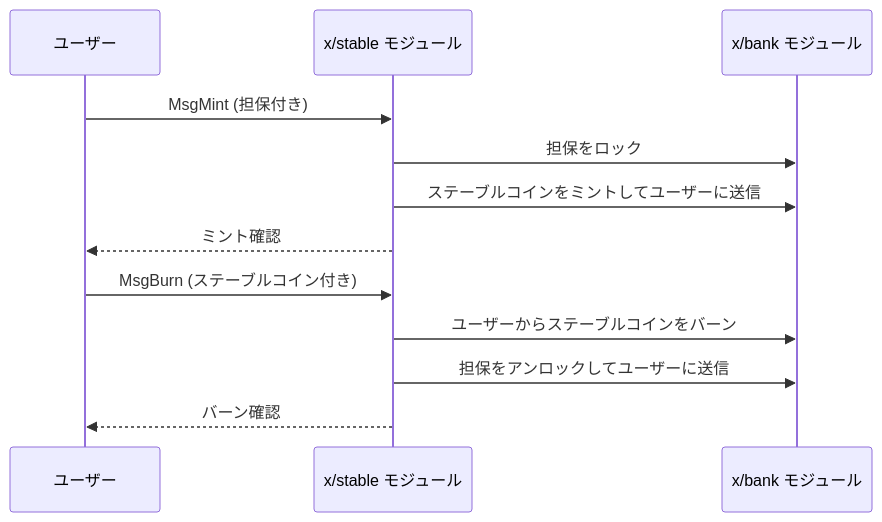
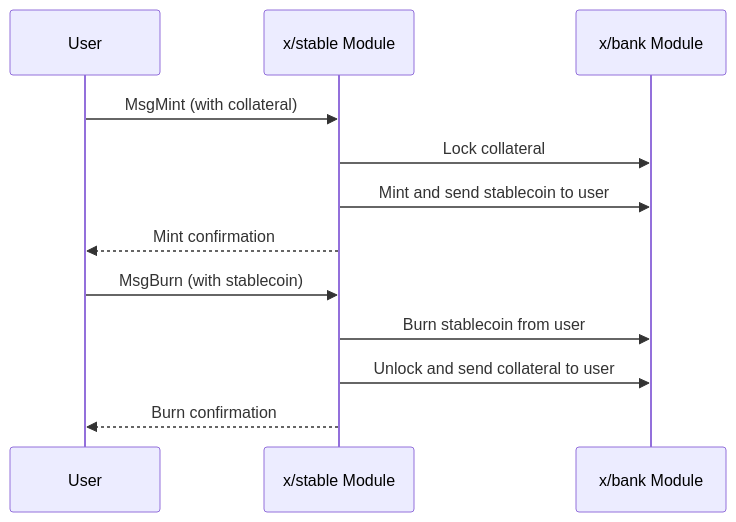
Before and after one commit to sunriselayer/gitbook: the diagram in ja/learn/sunrise/stable.md, drawn with Mermaid. The commit also changed 19 other files, not shown here.

````diff
--- a/ja/learn/sunrise/stable.md
+++ b/ja/learn/sunrise/stable.md
@@ -51,16 +51,16 @@
 ```mermaid
 sequenceDiagram
-    participant User as ユーザー
-    participant StableModule as x/stable モジュール
-    participant BankModule as x/bank モジュール
+    participant User as User
+    participant StableModule as x/stable Module
+    participant BankModule as x/bank Module
 
-    User->>StableModule: MsgMint (担保付き)
-    StableModule->>BankModule: 担保をロック
-    StableModule->>BankModule: ステーブルコインをミントしてユーザーに送信
-    StableModule-->>User: ミント確認
+    User->>StableModule: MsgMint (with collateral)
+    StableModule->>BankModule: Lock collateral
+    StableModule->>BankModule: Mint and send stablecoin to user
+    StableModule-->>User: Mint confirmation
 
-    User->>StableModule: MsgBurn (ステーブルコイン付き)
-    StableModule->>BankModule: ユーザーからステーブルコインをバーン
-    StableModule->>BankModule: 担保をアンロックしてユーザーに送信
-    StableModule-->>User: バーン確認
+    User->>StableModule: MsgBurn (with stablecoin)
+    StableModule->>BankModule: Burn stablecoin from user
+    StableModule->>BankModule: Unlock and send collateral to user
+    StableModule-->>User: Burn confirmation
 ```
````
